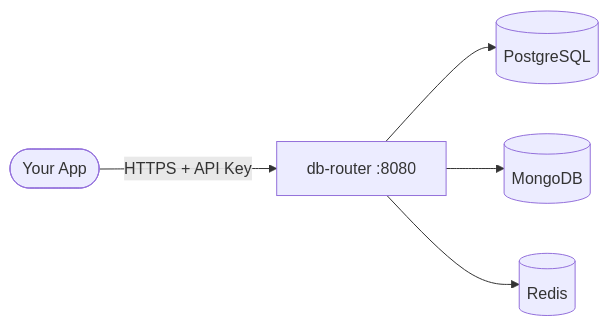
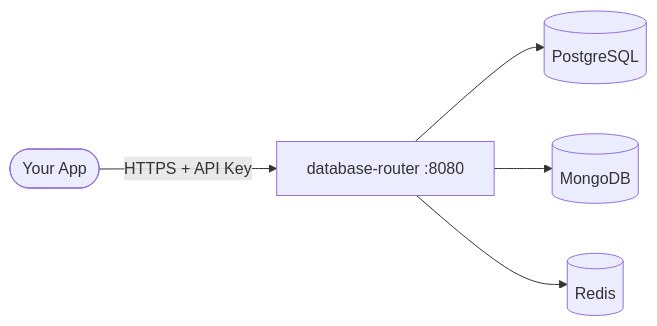
The first of 2 diagrams in README.md (Xeze-org/Database-Router), drawn with Mermaid before and after one commit. The commit also changed other lines of this file, not shown here.

Commit message:
fix: Update README to reflect repository name change from db-router to database-router

````diff
--- a/README.md
+++ b/README.md
@@ -9,7 +9,7 @@
 ```mermaid
 flowchart LR
-    A([Your App]) -->|HTTPS + API Key| B[db-router :8080]
+    A([Your App]) -->|HTTPS + API Key| B[database-router :8080]
     B --> C[(PostgreSQL)]
     B --> D[(MongoDB)]
     B --> E[(Redis)]
 ```
````
